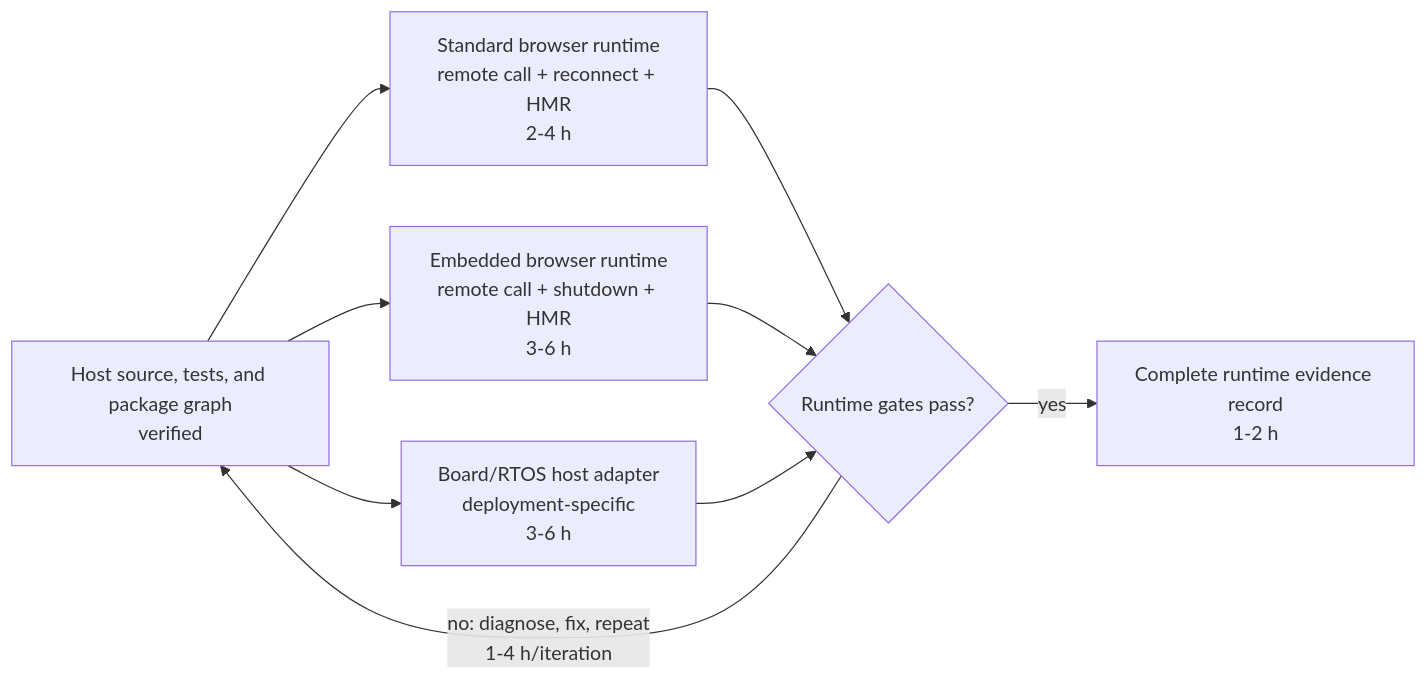
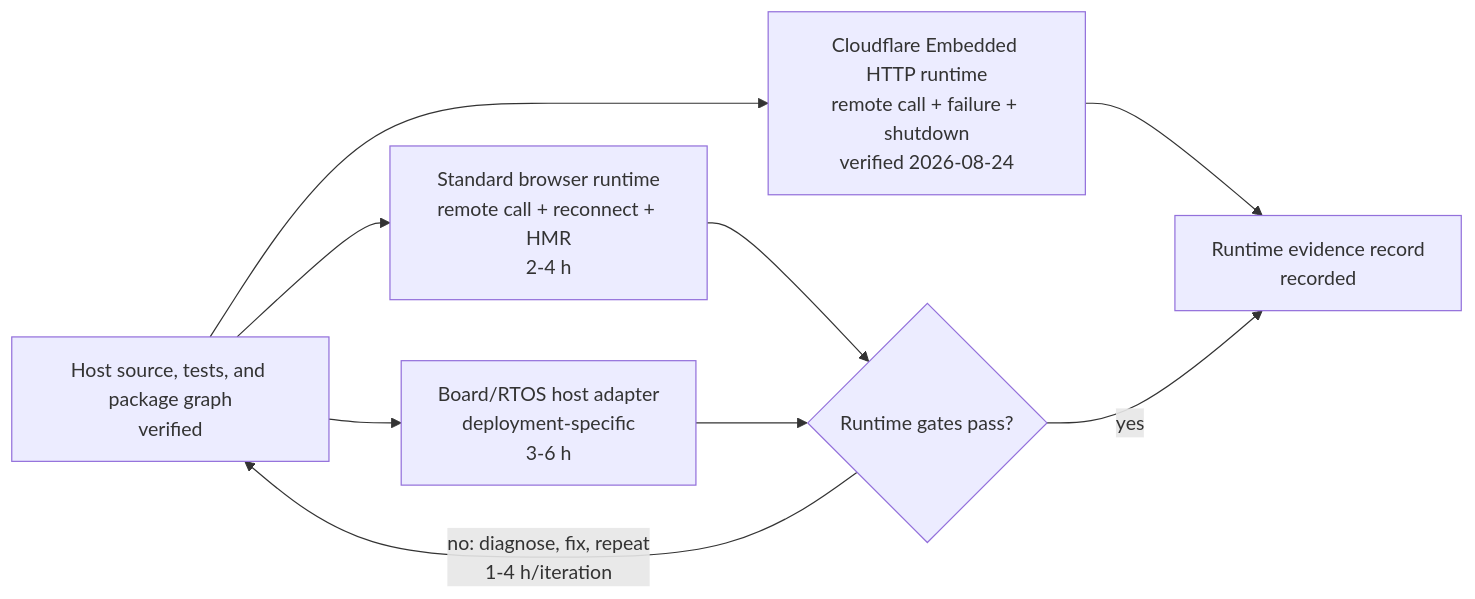
One commit to 1amageek/swift-web changed diagram 15 of 15 in docs/SwiftActorSystemDesign.md. Above: the diagram before and after it, drawn with Mermaid. The commit also changed other lines of this file and 85 other files, not shown here.

````diff
--- a/docs/SwiftActorSystemDesign.md
+++ b/docs/SwiftActorSystemDesign.md
@@ -2209,11 +2232,11 @@
 ```mermaid
 flowchart LR
-  H["Host source, tests, and package graph<br/>verified"] --> S["Standard browser runtime<br/>remote call + reconnect + HMR<br/>2-4 h"]
-  H --> E["Embedded browser runtime<br/>remote call + shutdown + HMR<br/>3-6 h"]
+  H["Host source, tests, and package graph<br/>verified"] --> E["Cloudflare Embedded HTTP runtime<br/>remote call + failure + shutdown<br/>verified 2026-08-24"]
+  H --> S["Standard browser runtime<br/>remote call + reconnect + HMR<br/>2-4 h"]
   H --> B["Board/RTOS host adapter<br/>deployment-specific<br/>3-6 h"]
   S --> A{"Runtime gates pass?"}
-  E --> A
   B --> A
+  E --> R["Runtime evidence record<br/>recorded"]
   A -->|"no: diagnose, fix, repeat<br/>1-4 h/iteration"| H
-  A -->|yes| R["Complete runtime evidence record<br/>1-2 h"]
+  A -->|yes| R
 ```
````
